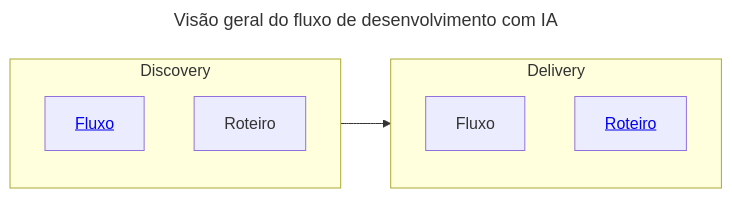
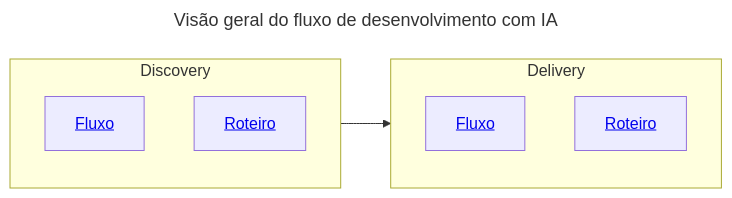
Before and after one commit to valuedriven/sewai: the diagram in docs/fluxo/fluxo_geral.md, drawn with Mermaid. The commit also changed 2 other files, not shown here.

Commit message:
fix: links roteiros

````diff
--- a/docs/fluxo/fluxo_geral.md
+++ b/docs/fluxo/fluxo_geral.md
@@ -3,24 +3,19 @@
 ```mermaid
 ---
 title: Visão geral do fluxo de desenvolvimento com IA
 ---
 graph LR 
 
 subgraph Discovery
     A[<a href='https://github.com/valuedriven/sewai/blob/main/docs/fluxo/fluxo_discovery.md'>Fluxo</a>]
-    B[Roteiro]
+    B[<a href='https://github.com/valuedriven/sewai/blob/main/docs/fluxo/roteiro_discovery.md'>Roteiro</a>]
 end
 
 subgraph Delivery
-    C[Fluxo]
-    D[<a href='./roteiro_delivery.md'>Roteiro</a>]
+    C[<a href='https://github.com/valuedriven/sewai/blob/main/docs/fluxo/fluxo_delivery.md'>Fluxo</a>]
+    D[<a href='https://github.com/valuedriven/sewai/blob/main/docs/fluxo/roteiro_delivery.md'>Roteiro</a>]
 end
 
 Discovery --> Delivery
 
-click A "[./fluxo_discovery.md]()"
-click B "./roteiro_discovery.md"
-click C "./fluxo_delivery.md"
-click D "./roteiro_delivery.md"
-
 ```
````
